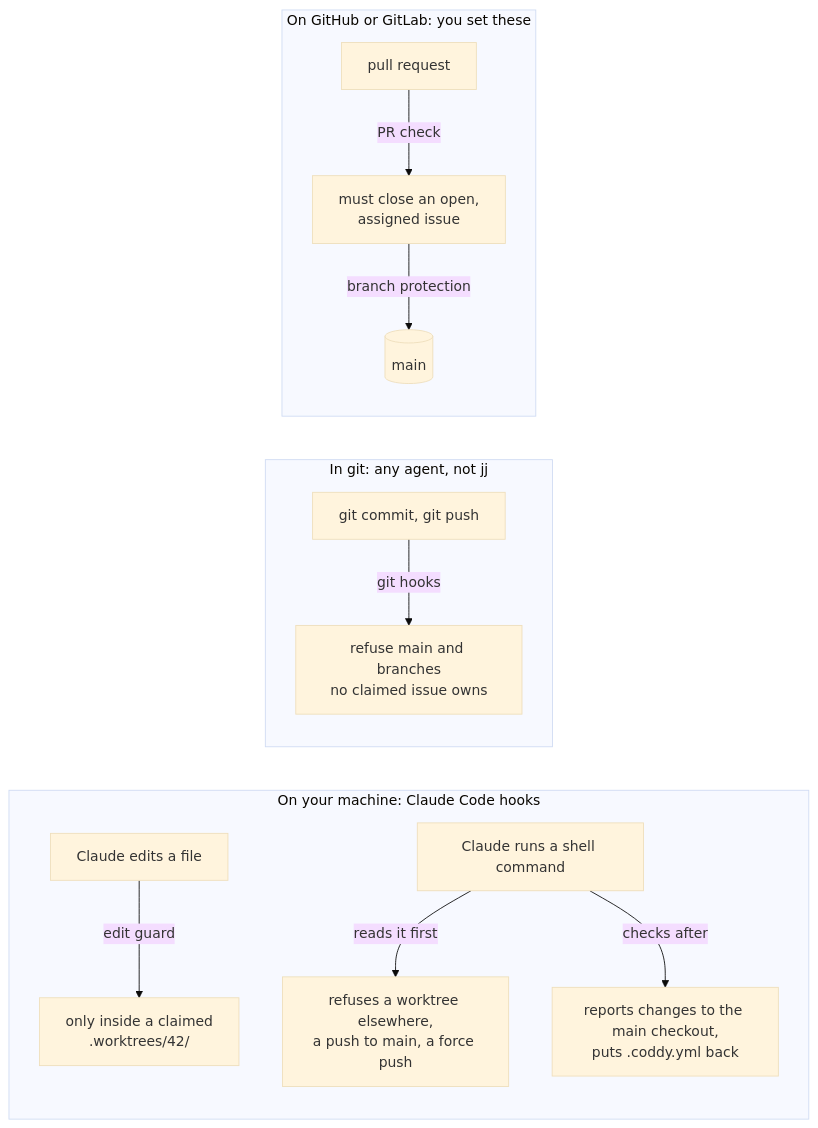
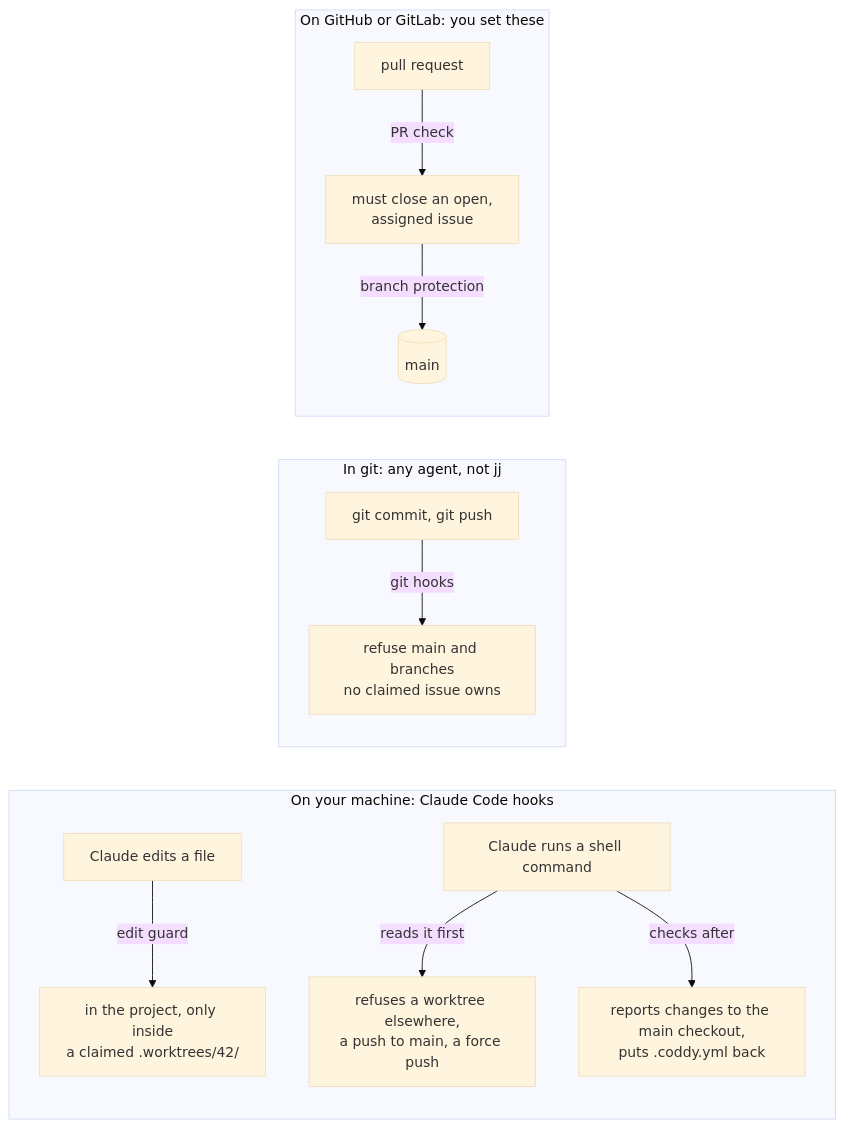
One commit to mnsami/coddy changed the diagram in docs/enforcement.md. Above: the diagram before and after it, drawn with Mermaid (base theme). The commit also changed 1 other file, not shown here.

Commit message:
chore: label guards you set yourself, correct diagram edges and skill rows, stack the workflow diagram

````diff
--- a/docs/enforcement.md
+++ b/docs/enforcement.md
@@ -6,17 +6,17 @@
 ```mermaid
 flowchart LR
   subgraph L["On your machine: Claude Code hooks"]
-    e["Claude edits a file"] -->|edit guard| e2["only inside a claimed<br/>.worktrees/42/"]
+    e["Claude edits a file"] -->|edit guard| e2["in the project, only inside<br/>a claimed .worktrees/42/"]
     s["Claude runs a shell command"]
     s2["refuses a worktree elsewhere,<br/>a push to main, a force push"]
     s -->|reads it first| s2
     s -->|checks after| s3["reports changes to the main checkout,<br/>puts .coddy.yml back"]
   end
   subgraph G["In git: any agent, not jj"]
     c["git commit, git push"] -->|git hooks| c2["refuse main and branches<br/>no claimed issue owns"]
   end
   subgraph R["On GitHub or GitLab: you set these"]
     p["pull request"] -->|PR check| p2["must close an open,<br/>assigned issue"]
     p2 -->|branch protection| m[("main")]
   end
 ```
````
